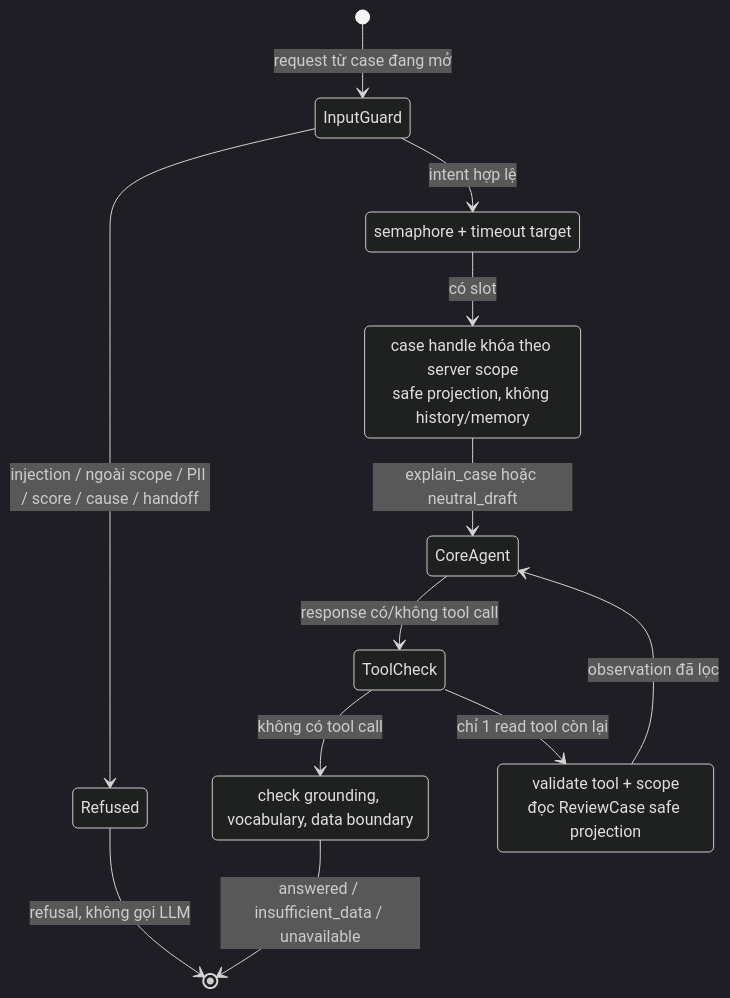
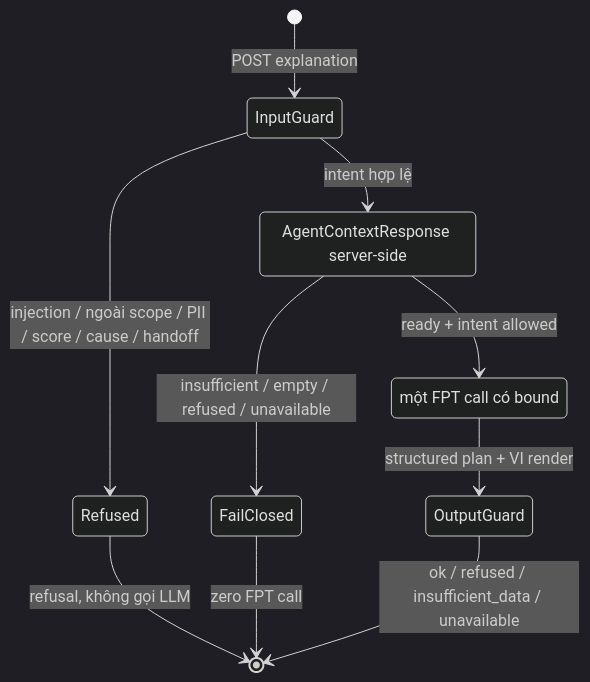
Before and after one commit to phanthutrang410/ABG_team: the fourth of 4 diagrams in docs/04-engineering/05-system-architecture.md, drawn with Mermaid (dark theme). The commit also changed other lines of this file and 37 other files, not shown here.

Commit message:
Update backend cases, approved data, advisor draft and docs

````diff
--- a/docs/04-engineering/05-system-architecture.md
+++ b/docs/04-engineering/05-system-architecture.md
@@ -188,21 +198,16 @@
 ```mermaid
 stateDiagram-v2
-  [*] --> InputGuard: request từ case đang mở
+  [*] --> InputGuard: POST explanation
   InputGuard --> Refused: injection / ngoài scope / PII / score / cause / handoff
   Refused --> [*]: refusal, không gọi LLM
 
-  InputGuard --> Admission: intent hợp lệ
-  Admission: semaphore + timeout target
-  Admission --> SafeState: có slot
-  SafeState: case handle khóa theo server scope<br/>safe projection, không history/memory
-  SafeState --> CoreAgent: explain_case hoặc neutral_draft
+  InputGuard --> BuildContext: intent hợp lệ
+  BuildContext: AgentContextResponse server-side
+  BuildContext --> FailClosed: insufficient / empty / refused / unavailable
+  FailClosed --> [*]: zero FPT call
 
-  CoreAgent --> ToolCheck: response có/không tool call
-  ToolCheck --> OutputGuard: không có tool call
-  ToolCheck --> ReadCaseContext: chỉ 1 read tool còn lại
-  ReadCaseContext: validate tool + scope<br/>đọc ReviewCase safe projection
-  ReadCaseContext --> CoreAgent: observation đã lọc
-
-  OutputGuard: check grounding, vocabulary, data boundary
-  OutputGuard --> [*]: answered / insufficient_data / unavailable
+  BuildContext --> ProviderCall: ready + intent allowed
+  ProviderCall: một FPT call có bound
+  ProviderCall --> OutputGuard: structured plan + VI render
+  OutputGuard --> [*]: ok / refused / insufficient_data / unavailable
 ```
````
